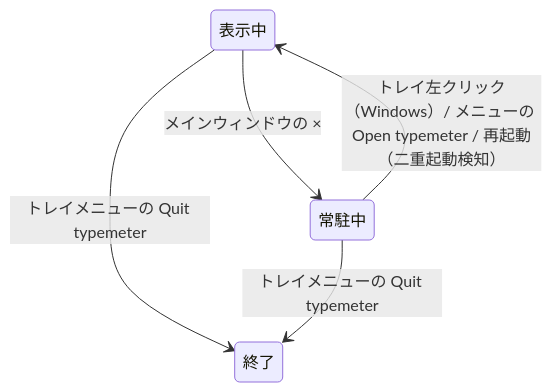
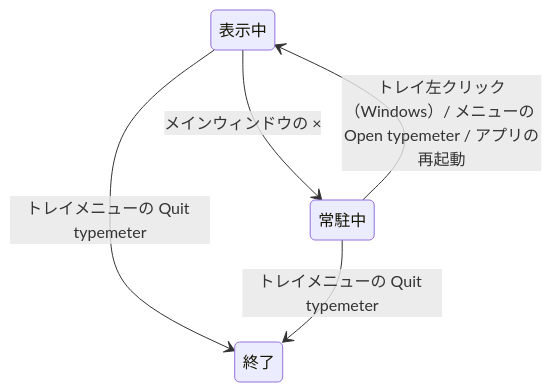
Before and after one commit to otTATto/typemeter: the diagram in docs/app-lifecycle.md, drawn with Mermaid. The commit also changed other lines of this file, not shown here.

````diff
--- a/docs/app-lifecycle.md
+++ b/docs/app-lifecycle.md
@@ -34,7 +34,7 @@
 ```mermaid
 stateDiagram-v2
     表示中 --> 常駐中: メインウィンドウの ×
-    常駐中 --> 表示中: トレイ左クリック（Windows）/ メニューの Open typemeter / 再起動（二重起動検知）
+    常駐中 --> 表示中: トレイ左クリック（Windows）/ メニューの Open typemeter / アプリの再起動
     表示中 --> 終了: トレイメニューの Quit typemeter
     常駐中 --> 終了: トレイメニューの Quit typemeter
 ```
````
